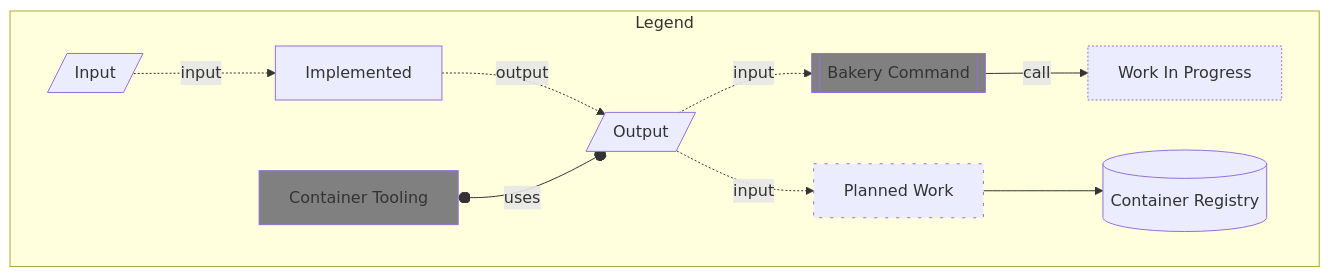
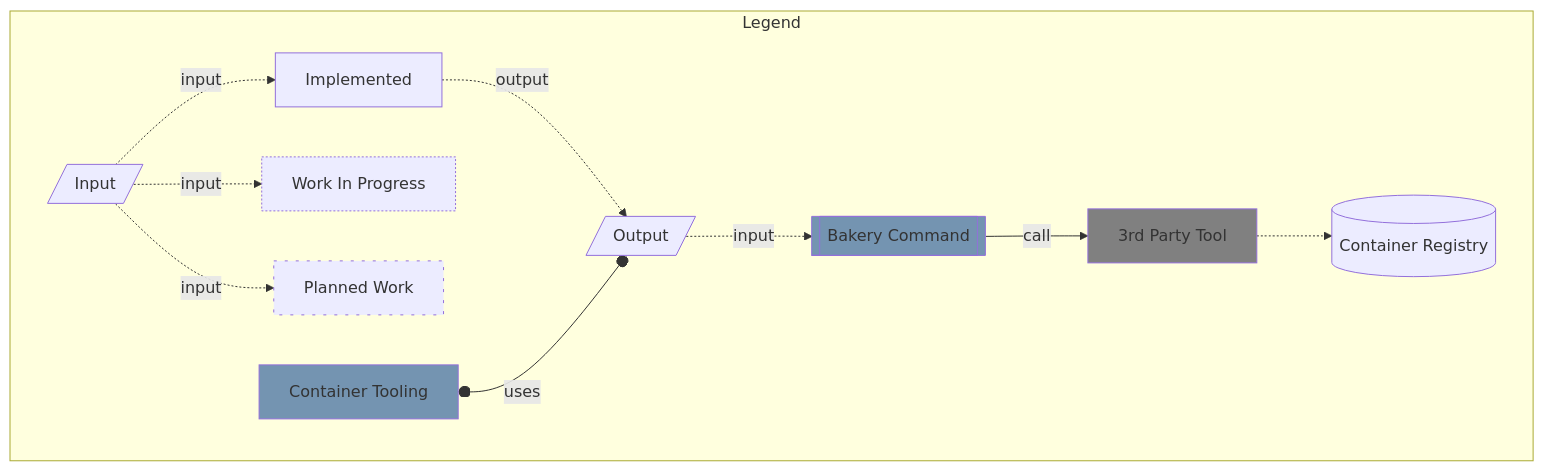
Before and after one commit to posit-dev/images-shared: the second of 2 diagrams in posit-bakery/README.md, drawn with Mermaid. The commit also changed other lines of this file, not shown here.

Commit message:
Differentiate between internal & 3rd party tooling

````diff
--- a/posit-bakery/README.md
+++ b/posit-bakery/README.md
@@ -107,31 +110,34 @@
 ```mermaid
 flowchart TB
 
     subgraph Legend
         input[/"Input"/]
         output[/"Output"/]
         implemented["Implemented"]
         inprogress["Work In Progress"]
         planned["Planned Work"]
         bakery[["Bakery Command"]]
+        external["3rd Party Tool"]
         tool["Container Tooling"]
         reg[("Container Registry")]
 
         input -. "input" .-> implemented -. "output" .-> output
-        bakery -- "call" --> inprogress
+        input -. "input" .-> inprogress
+        input -. "input" .-> planned
+        tool o-- "uses" --o output
         output -. "input" .-> bakery
-
-        tool o-- "uses" --o output
-        output -. "input" .-> planned --> reg
+        bakery -- "call" --> external -.-> reg
     end
 
 
-    classDef tooling fill:grey
+    classDef tooling fill:#7494B1
+    classDef external fill:grey
     classDef progress stroke-dasharray: 2 2
     classDef todo stroke-dasharray: 3 8
 
 
     class bakery,tool,pti tooling
+    class external external
     class inprogress progress
     class planned todo
 ```
````
